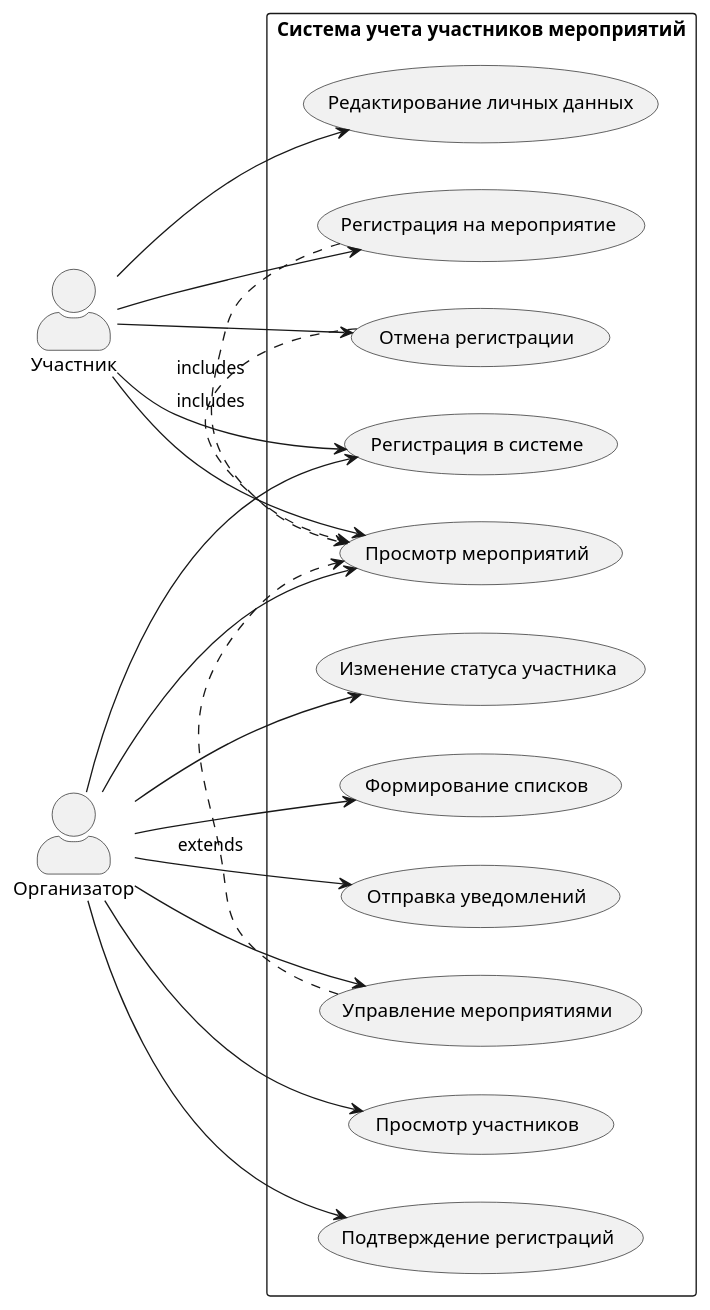
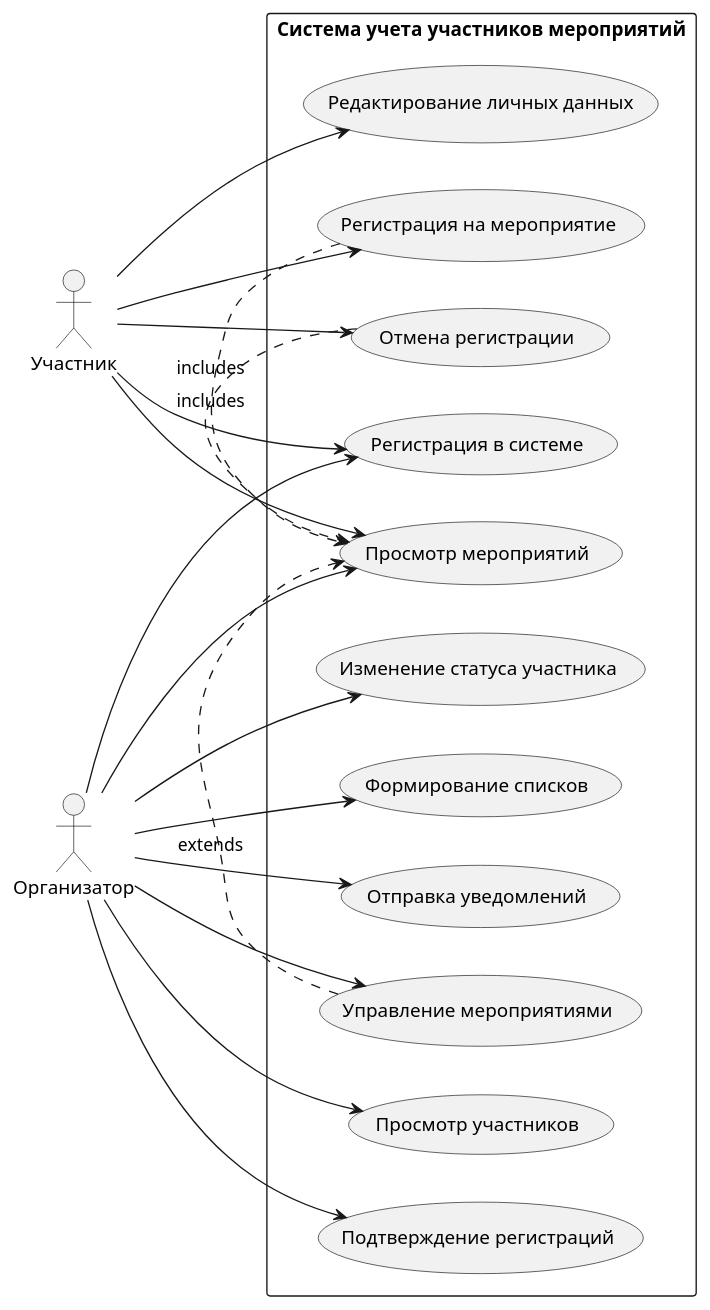
Before and after one commit to atomispie0507-afk/Lab3: the diagram in docs/diagrams/usecase.puml, drawn with PlantUML.

```diff
--- a/docs/diagrams/usecase.puml
+++ b/docs/diagrams/usecase.puml
@@ -1,46 +1,45 @@
 @startuml
 left to right direction
 skinparam packageStyle rectangle
-skinparam actorStyle awesome
 
 actor "Участник" as Participant
 actor "Организатор" as Organizer
 
 package "Система учета участников мероприятий" {
   usecase "Регистрация в системе" as UC_Register
   usecase "Просмотр мероприятий" as UC_ViewEvents
   usecase "Регистрация на мероприятие" as UC_RegisterEvent
   usecase "Отмена регистрации" as UC_CancelRegistration
   usecase "Редактирование личных данных" as UC_EditProfile
   
   usecase "Управление мероприятиями" as UC_ManageEvents
   usecase "Просмотр участников" as UC_ViewParticipants
   usecase "Подтверждение регистраций" as UC_ConfirmRegistration
   usecase "Изменение статуса участника" as UC_ChangeStatus
   usecase "Формирование списков" as UC_GenerateLists
   usecase "Отправка уведомлений" as UC_SendNotifications
 }
 
 ' Связи участника
 Participant --> UC_Register
 Participant --> UC_ViewEvents
 Participant --> UC_RegisterEvent
 Participant --> UC_CancelRegistration
 Participant --> UC_EditProfile
 
 ' Связи организатора
 Organizer --> UC_ManageEvents
 Organizer --> UC_ViewParticipants
 Organizer --> UC_ConfirmRegistration
 Organizer --> UC_ChangeStatus
 Organizer --> UC_GenerateLists
 Organizer --> UC_SendNotifications
 Organizer --> UC_ViewEvents
 Organizer --> UC_Register
 
 ' Расширения и включения
 UC_ManageEvents .> UC_ViewEvents : extends
 UC_RegisterEvent .> UC_ViewEvents : includes
 UC_CancelRegistration .> UC_ViewEvents : includes
 
 @enduml
```
